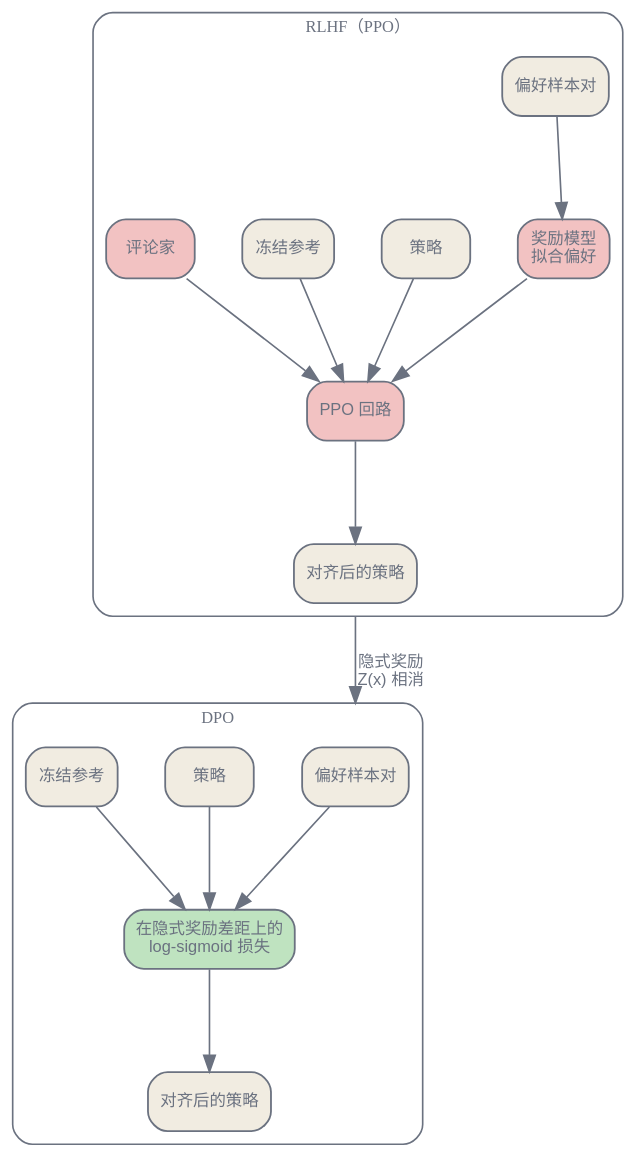
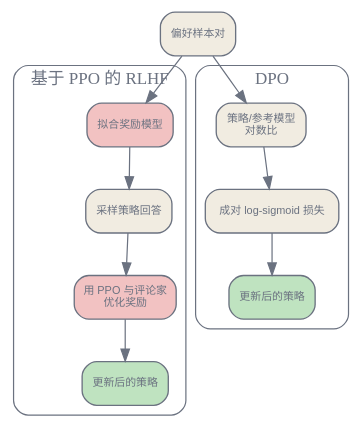
The first of 2 diagrams in zh/adaptation/04-dpo-variants.qmd (latere-ai/ai-as-an-infrastructure), drawn with Graphviz before and after one commit. The commit also changed other lines of this file and 2 other files, not shown here.

Commit message:
docs: rewrite Chinese DPO chapter

````diff
--- a/zh/adaptation/04-dpo-variants.qmd
+++ b/zh/adaptation/04-dpo-variants.qmd
@@ -48,44 +25,37 @@
 ```{dot}
 //| label: fig-dpo-variants-reduction
-//| fig-cap: "RLHF 在四个模型上运行一个奖励模型与一个 PPO 回路；DPO 把隐式奖励代入 Bradley-Terry 模型，配分项相消，剩下的是偏好样本对上的一个分类损失。据 Rafailov et al.（2023）。"
+//| fig-cap: "基于 PPO 的 RLHF 先学习奖励，再针对奖励优化策略。DPO 把策略与参考模型的对数比代入偏好似然，直接在保存下来的样本对上训练。"
 digraph {
   bgcolor="transparent";
   rankdir=TB;
-  nodesep=0.4; ranksep=0.85;
-  compound=true;
-  node [shape=box, style="rounded,filled", fontname="Helvetica", fontsize=10, color="#6b7280", fontcolor="#6b7280", fillcolor="#f1ece1", penwidth=1.1];
-  edge [fontsize=10, fontname="Helvetica", color="#6b7280", fontcolor="#6b7280"];
+  size="3.1,12"; ratio=compress;
+  nodesep=0.28; ranksep=0.48;
+  node [shape=box, style="rounded,filled", fontname="Helvetica", fontsize=9,
+        color="#6b7280", fontcolor="#6b7280", fillcolor="#f1ece1", penwidth=1.1];
+  edge [fontsize=8, fontname="Helvetica", color="#6b7280", fontcolor="#6b7280"];
+
+  pairs [label="偏好样本对"];
 
   subgraph cluster_rlhf {
-    label="RLHF（PPO）";
-    style=rounded; color="#6b7280"; fontcolor="#6b7280"; fontsize=10;
-    pref1 [label="偏好样本对"];
-    rm [label="奖励模型\n拟合偏好", fillcolor="#f2c2c2"];
-    ppo [label="PPO 回路", fillcolor="#f2c2c2"];
-    pol1 [label="策略"];
-    ref1 [label="冻结参考"];
-    crit [label="评论家", fillcolor="#f2c2c2"];
-    aligned1 [label="对齐后的策略"];
-    pref1 -> rm;
-    rm -> ppo;
-    pol1 -> ppo;
-    ref1 -> ppo;
-    crit -> ppo;
-    ppo -> aligned1;
+    label="基于 PPO 的 RLHF";
+    style=rounded; color="#6b7280"; fontcolor="#6b7280";
+    rm [label="拟合奖励模型", fillcolor="#f2c2c2"];
+    roll [label="采样策略回答"];
+    ppo [label="用 PPO 与评论家\n优化奖励", fillcolor="#f2c2c2"];
+    out1 [label="更新后的策略", fillcolor="#bfe3c0"];
+    rm -> roll -> ppo -> out1;
   }
+
   subgraph cluster_dpo {
     label="DPO";
-    style=rounded; color="#6b7280"; fontcolor="#6b7280"; fontsize=10;
-    pref2 [label="偏好样本对"];
-    loss [label="在隐式奖励差距上的\nlog-sigmoid 损失", fillcolor="#bfe3c0"];
-    pol2 [label="策略"];
-    ref2 [label="冻结参考"];
-    aligned2 [label="对齐后的策略"];
-    pref2 -> loss;
-    pol2 -> loss;
-    ref2 -> loss;
-    loss -> aligned2;
+    style=rounded; color="#6b7280"; fontcolor="#6b7280";
+    score [label="策略/参考模型\n对数比"];
+    loss [label="成对 log-sigmoid 损失"];
+    out2 [label="更新后的策略", fillcolor="#bfe3c0"];
+    score -> loss -> out2;
   }
-  aligned1 -> pref2 [ltail=cluster_rlhf, lhead=cluster_dpo, label="隐式奖励\nZ(x) 相消"];
+
+  pairs -> rm;
+  pairs -> score;
 }
 ```
````
